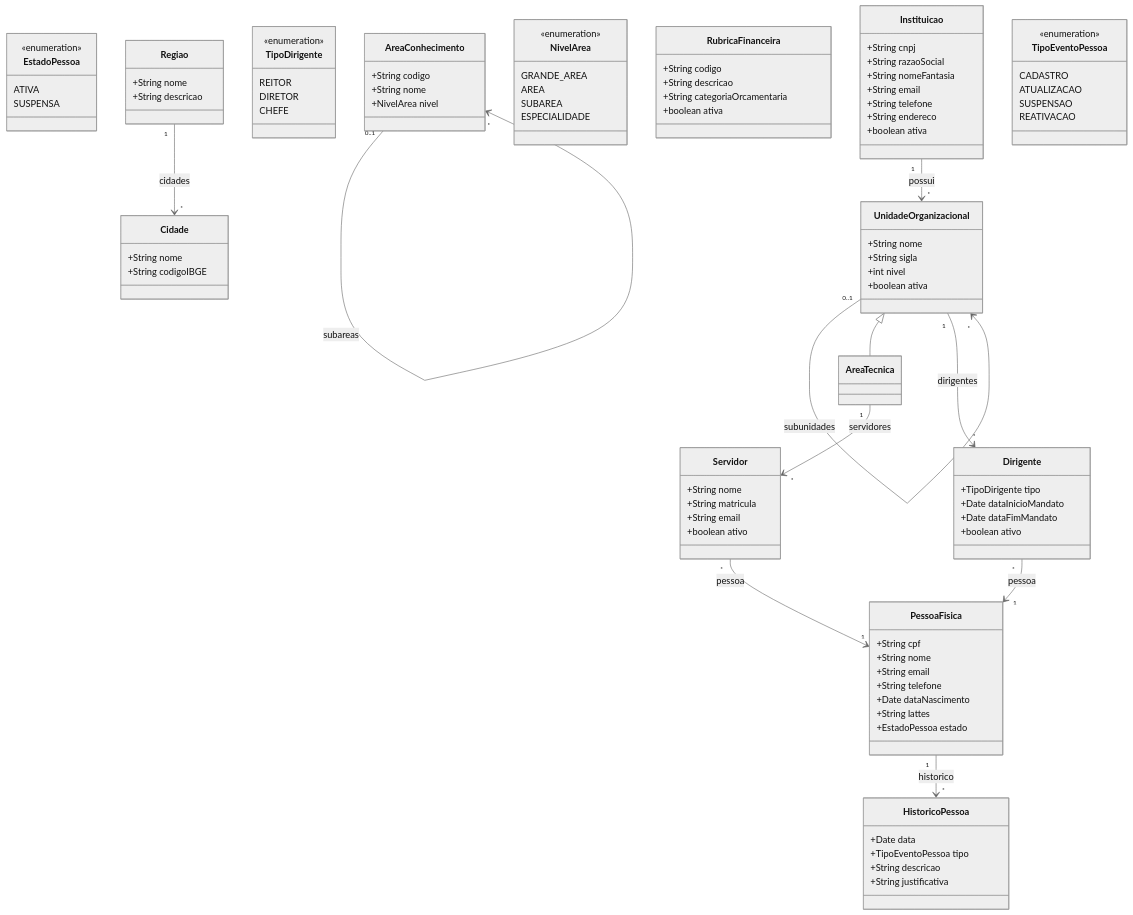
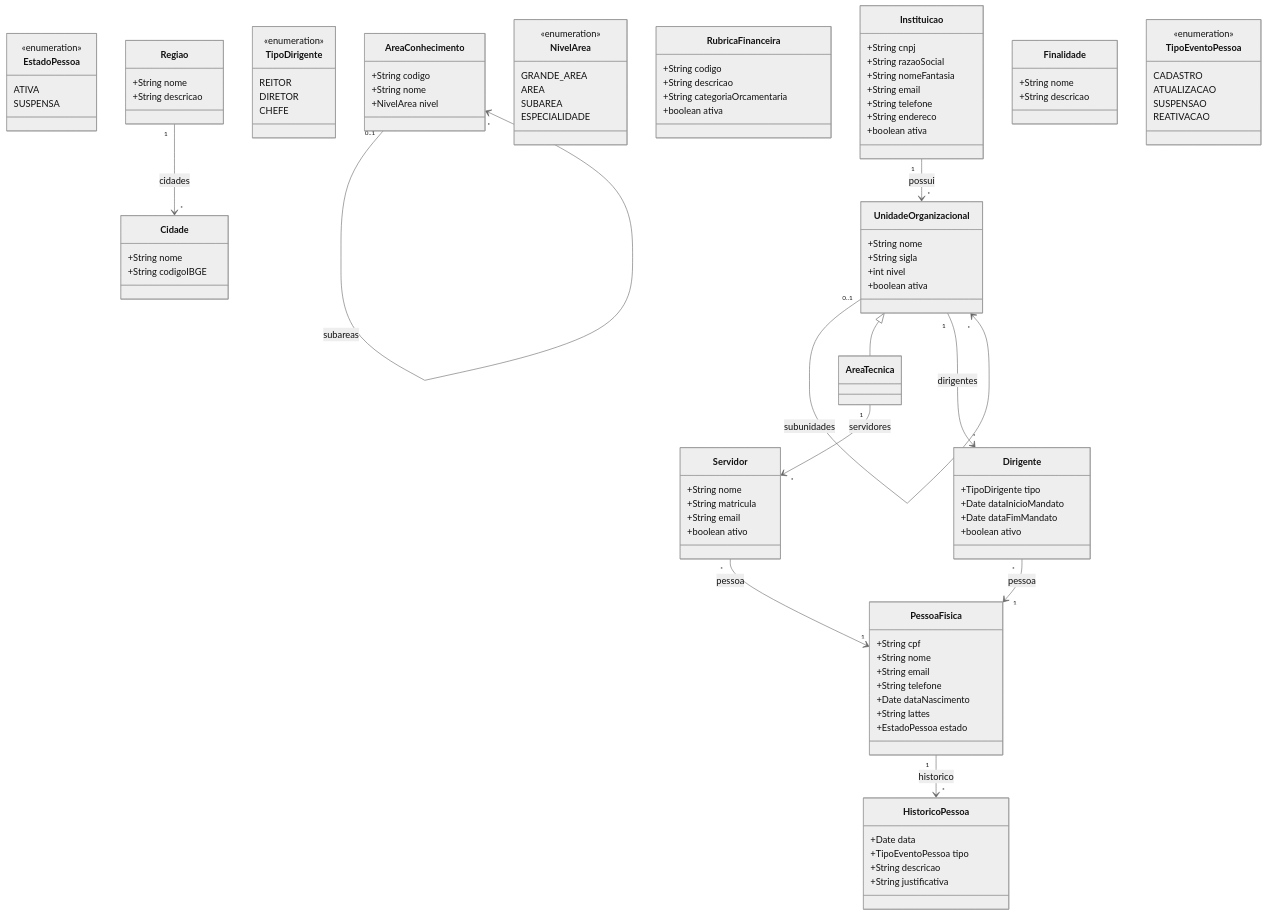
One commit to Czzped/conecta-fapes-teste changed the diagram in docs/implementation/modules/M008-cadastros-corporativos/modelo-estrutural.md. Above: the diagram before and after it, drawn with Mermaid (neutral theme). The commit also changed other lines of this file and 5 other files, not shown here.

```diff
--- a/docs/implementation/modules/M008-cadastros-corporativos/modelo-estrutural.md
+++ b/docs/implementation/modules/M008-cadastros-corporativos/modelo-estrutural.md
@@ -89,6 +89,11 @@
         +String descricao
     }
 
+    class Finalidade {
+        +String nome
+        +String descricao
+    }
+
     class Servidor {
         +String nome
         +String matricula
```
